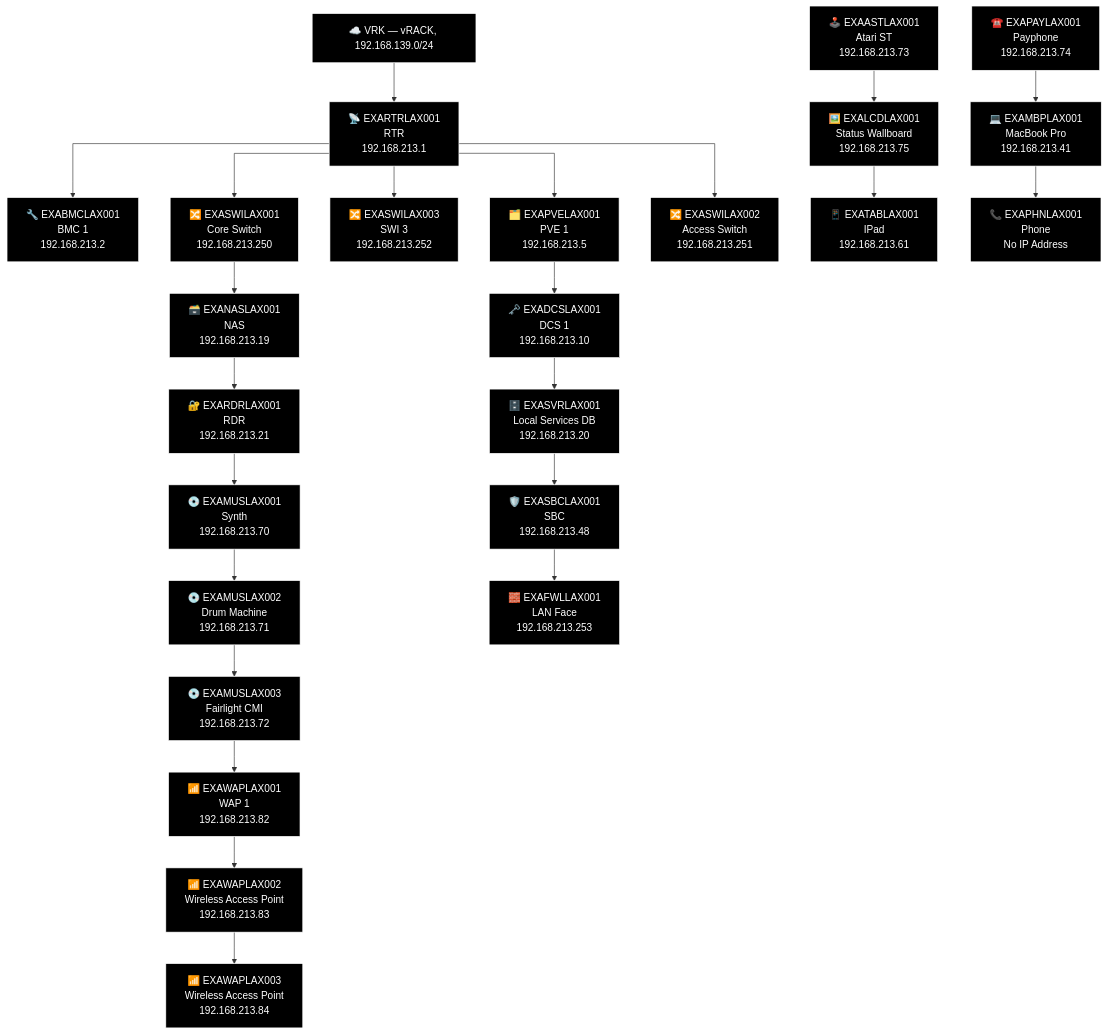
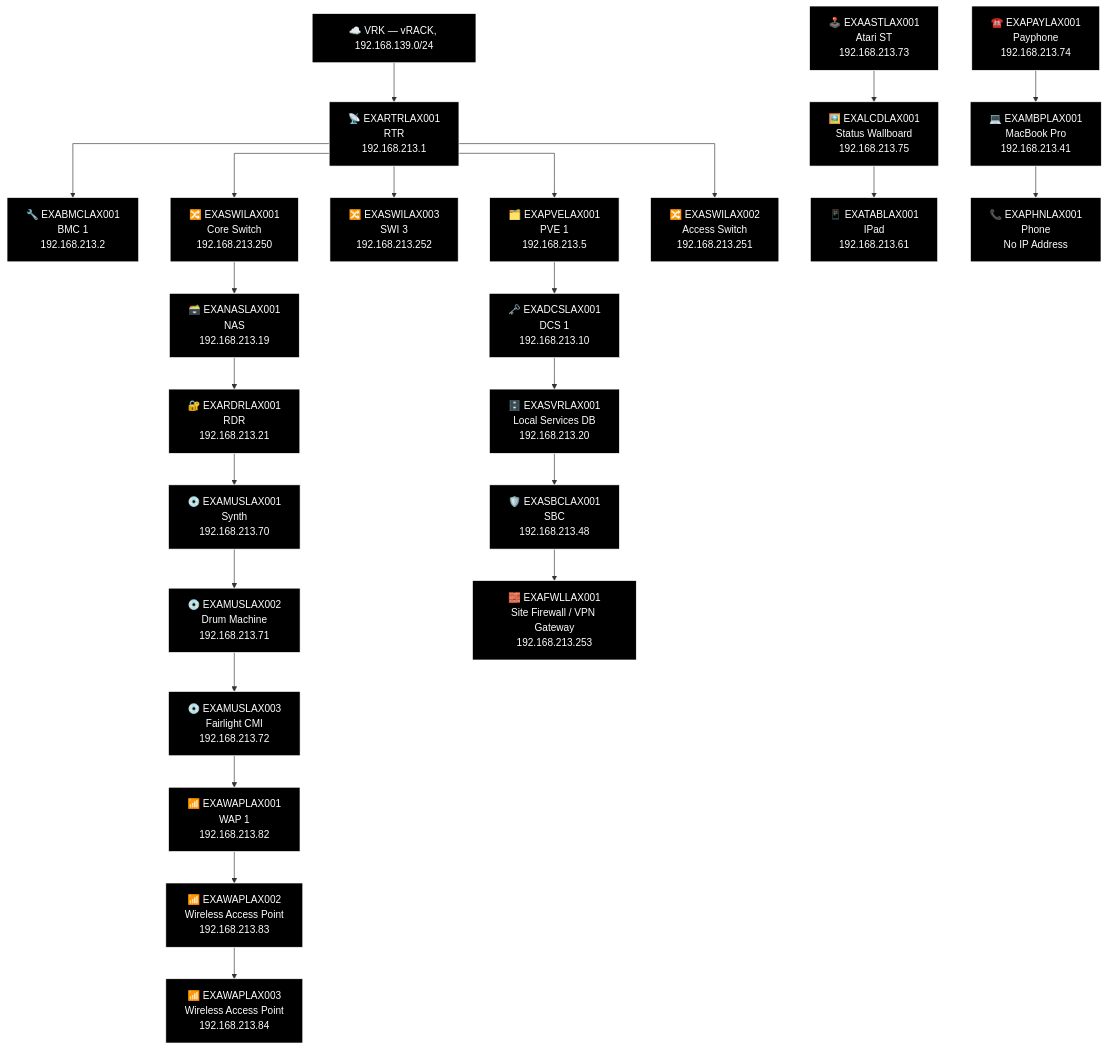
The third of 21 diagrams in docs/network-diagram/united-states.md (knightmare2600/example_music_infra), drawn with Mermaid before and after one commit. The commit also changed other lines of this file and 19 other files, not shown here.

````diff
--- a/docs/network-diagram/united-states.md
+++ b/docs/network-diagram/united-states.md
@@ -128,66 +128,66 @@
 ```mermaid
 %% GENERATED:TOPOLOGY:LAX:START
 %%{init: {'flowchart': {'curve': 'stepAfter'}}}%%
 graph TD
     T_VRK["☁️ VRK — vRACK, 192.168.139.0/24"]
     T_RTR["📡 EXARTRLAX001<br/>RTR<br/>192.168.213.1"]
     T_VRK --> T_RTR
     T_BMC["🔧 EXABMCLAX001<br/>BMC 1<br/>192.168.213.2"]
     T_RTR --> T_BMC
     T_PVE["🗂️ EXAPVELAX001<br/>PVE 1<br/>192.168.213.5"]
     T_RTR --> T_PVE
     T_SWI["🔀 EXASWILAX003<br/>SWI 3<br/>192.168.213.252"]
     T_RTR --> T_SWI
     T_SWI2["🔀 EXASWILAX001<br/>Core Switch<br/>192.168.213.250"]
     T_RTR --> T_SWI2
     T_SWI3["🔀 EXASWILAX002<br/>Access Switch<br/>192.168.213.251"]
     T_RTR --> T_SWI3
     T_NAS["🗃️ EXANASLAX001<br/>NAS<br/>192.168.213.19"]
     T_RDR["🔐 EXARDRLAX001<br/>RDR<br/>192.168.213.21"]
     T_MUS["💿 EXAMUSLAX001<br/>Synth<br/>192.168.213.70"]
     T_MUS2["💿 EXAMUSLAX002<br/>Drum Machine<br/>192.168.213.71"]
     T_MUS3["💿 EXAMUSLAX003<br/>Fairlight CMI<br/>192.168.213.72"]
     T_WAP["📶 EXAWAPLAX001<br/>WAP 1<br/>192.168.213.82"]
     T_WAP2["📶 EXAWAPLAX002<br/>Wireless Access Point<br/>192.168.213.83"]
     T_WAP3["📶 EXAWAPLAX003<br/>Wireless Access Point<br/>192.168.213.84"]
     T_SWI2 --> T_NAS --> T_RDR --> T_MUS --> T_MUS2 --> T_MUS3 --> T_WAP --> T_WAP2 --> T_WAP3
     T_DCS["🗝️ EXADCSLAX001<br/>DCS 1<br/>192.168.213.10"]
     T_SVR["🗄️ EXASVRLAX001<br/>Local Services DB<br/>192.168.213.20"]
     T_SBC["🛡️ EXASBCLAX001<br/>SBC<br/>192.168.213.48"]
-    T_FWL["🧱 EXAFWLLAX001<br/>LAN Face<br/>192.168.213.253"]
+    T_FWL["🧱 EXAFWLLAX001<br/>Site Firewall / VPN Gateway<br/>192.168.213.253"]
     T_PVE --> T_DCS --> T_SVR --> T_SBC --> T_FWL
     T_AST["🕹️ EXAASTLAX001<br/>Atari ST<br/>192.168.213.73"]
     T_PAY["☎️ EXAPAYLAX001<br/>Payphone<br/>192.168.213.74"]
     T_LCD["🖼️ EXALCDLAX001<br/>Status Wallboard<br/>192.168.213.75"]
     T_MBP["💻 EXAMBPLAX001<br/>MacBook Pro<br/>192.168.213.41"]
     T_TAB["📱 EXATABLAX001<br/>IPad<br/>192.168.213.61"]
     T_PHN["📞 EXAPHNLAX001<br/>Phone<br/>No IP Address"]
     T_AST --> T_LCD --> T_TAB
     T_PAY --> T_MBP --> T_PHN
     style T_VRK fill:#000000,stroke:#FFFFFF,color:#FFFFFF
     style T_RTR fill:#000000,stroke:#FFFFFF,color:#FFFFFF
     style T_BMC fill:#000000,stroke:#FFFFFF,color:#FFFFFF
     style T_PVE fill:#000000,stroke:#FFFFFF,color:#FFFFFF
     style T_SWI fill:#000000,stroke:#FFFFFF,color:#FFFFFF
     style T_SWI2 fill:#000000,stroke:#FFFFFF,color:#FFFFFF
     style T_SWI3 fill:#000000,stroke:#FFFFFF,color:#FFFFFF
     style T_NAS fill:#000000,stroke:#FFFFFF,color:#FFFFFF
     style T_RDR fill:#000000,stroke:#FFFFFF,color:#FFFFFF
     style T_MUS fill:#000000,stroke:#FFFFFF,color:#FFFFFF
     style T_MUS2 fill:#000000,stroke:#FFFFFF,color:#FFFFFF
     style T_MUS3 fill:#000000,stroke:#FFFFFF,color:#FFFFFF
     style T_WAP fill:#000000,stroke:#FFFFFF,color:#FFFFFF
     style T_WAP2 fill:#000000,stroke:#FFFFFF,color:#FFFFFF
     style T_WAP3 fill:#000000,stroke:#FFFFFF,color:#FFFFFF
     style T_DCS fill:#000000,stroke:#FFFFFF,color:#FFFFFF
     style T_SVR fill:#000000,stroke:#FFFFFF,color:#FFFFFF
     style T_SBC fill:#000000,stroke:#FFFFFF,color:#FFFFFF
     style T_FWL fill:#000000,stroke:#FFFFFF,color:#FFFFFF
     style T_AST fill:#000000,stroke:#FFFFFF,color:#FFFFFF
     style T_PAY fill:#000000,stroke:#FFFFFF,color:#FFFFFF
     style T_LCD fill:#000000,stroke:#FFFFFF,color:#FFFFFF
     style T_MBP fill:#000000,stroke:#FFFFFF,color:#FFFFFF
     style T_TAB fill:#000000,stroke:#FFFFFF,color:#FFFFFF
     style T_PHN fill:#000000,stroke:#FFFFFF,color:#FFFFFF
 %% GENERATED:TOPOLOGY:LAX:END
 ```
````
